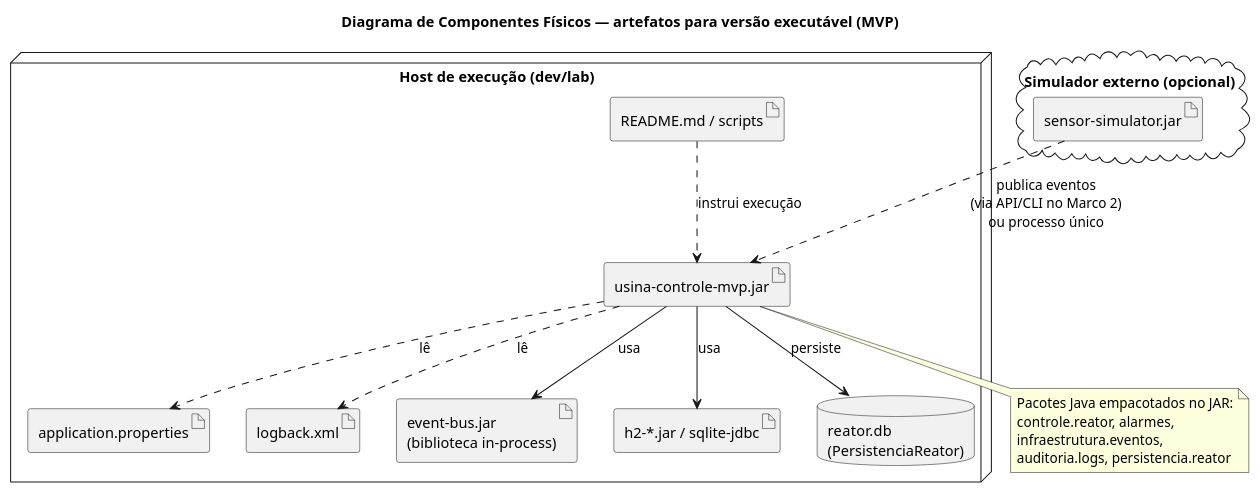
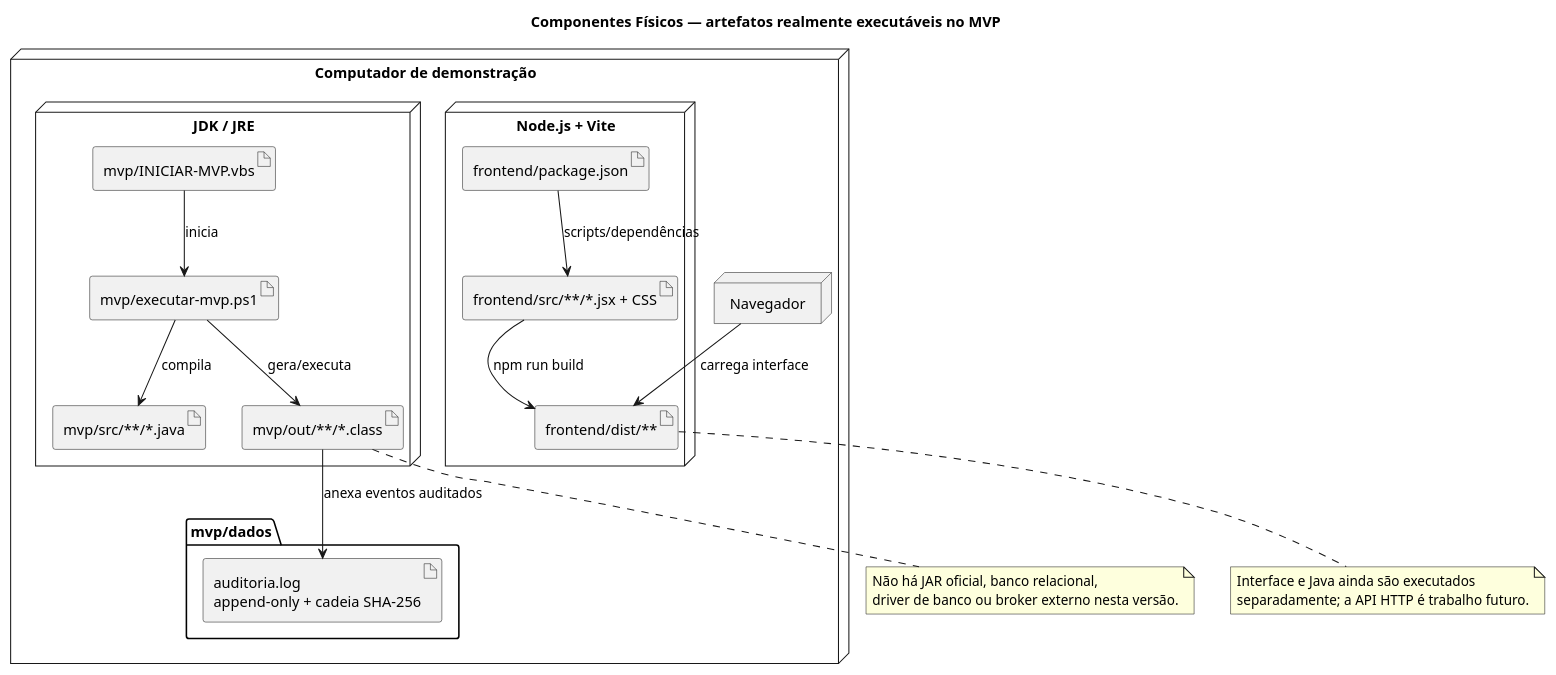
Before and after one commit to rlampago22/RP-IV: the diagram in docs/marco1/diagramas/componentes-fisicos.puml, drawn with PlantUML. The commit also changed 36 other files, not shown here.

Commit message:
docs: substituir Mermaid por UML e alinhar arquitetura

```diff
--- a/docs/marco1/diagramas/componentes-fisicos.puml
+++ b/docs/marco1/diagramas/componentes-fisicos.puml
@@ -1,35 +1,45 @@
 @startuml componentes-fisicos-mvp
-title Diagrama de Componentes Físicos — artefatos para versão executável (MVP)
+title Componentes Físicos — artefatos realmente executáveis no MVP
 skinparam componentStyle uml2
 skinparam shadowing false
 
-node "Host de execução (dev/lab)" {
-  artifact "usina-controle-mvp.jar" as APP
-  artifact "application.properties" as CFG
-  artifact "logback.xml" as LOGCFG
-  artifact "event-bus.jar\n(biblioteca in-process)" as BUSLIB
-  artifact "h2-*.jar / sqlite-jdbc" as DBDRV
-  database "reator.db\n(PersistenciaReator)" as DB
-  artifact "README.md / scripts" as DOC
+node "Computador de demonstração" {
+  node "JDK / JRE" as JavaRuntime {
+    artifact "mvp/src/**/*.java" as JavaSrc
+    artifact "mvp/out/**/*.class" as Classes
+    artifact "mvp/executar-mvp.ps1" as ScriptJava
+    artifact "mvp/INICIAR-MVP.vbs" as AtalhoJava
+  }
+
+  folder "mvp/dados" {
+    artifact "auditoria.log\nappend-only + cadeia SHA-256" as Log
+  }
+
+  node "Node.js + Vite" as NodeRuntime {
+    artifact "frontend/src/**/*.jsx + CSS" as ReactSrc
+    artifact "frontend/package.json" as PackageJson
+    artifact "frontend/dist/**" as ReactDist
+  }
+
+  node "Navegador" as Browser
 }
 
-APP ..> CFG : lê
-APP ..> LOGCFG : lê
-APP --> BUSLIB : usa
-APP --> DBDRV : usa
-APP --> DB : persiste
-DOC ..> APP : instrui execução
+ScriptJava --> JavaSrc : compila
+ScriptJava --> Classes : gera/executa
+AtalhoJava --> ScriptJava : inicia
+Classes --> Log : anexa eventos auditados
+PackageJson --> ReactSrc : scripts/dependências
+ReactSrc --> ReactDist : npm run build
+Browser --> ReactDist : carrega interface
 
-cloud "Simulador externo (opcional)" as SIM {
-  artifact "sensor-simulator.jar" as SIMJAR
-}
-SIMJAR ..> APP : publica eventos\n(via API/CLI no Marco 2)\nou processo único
+note bottom of Classes
+  Não há JAR oficial, banco relacional,
+  driver de banco ou broker externo nesta versão.
+end note
 
-note bottom of APP
-  Pacotes Java empacotados no JAR:
-  controle.reator, alarmes,
-  infraestrutura.eventos,
-  auditoria.logs, persistencia.reator
+note bottom of ReactDist
+  Interface e Java ainda são executados
+  separadamente; a API HTTP é trabalho futuro.
 end note
 
 @enduml
```
